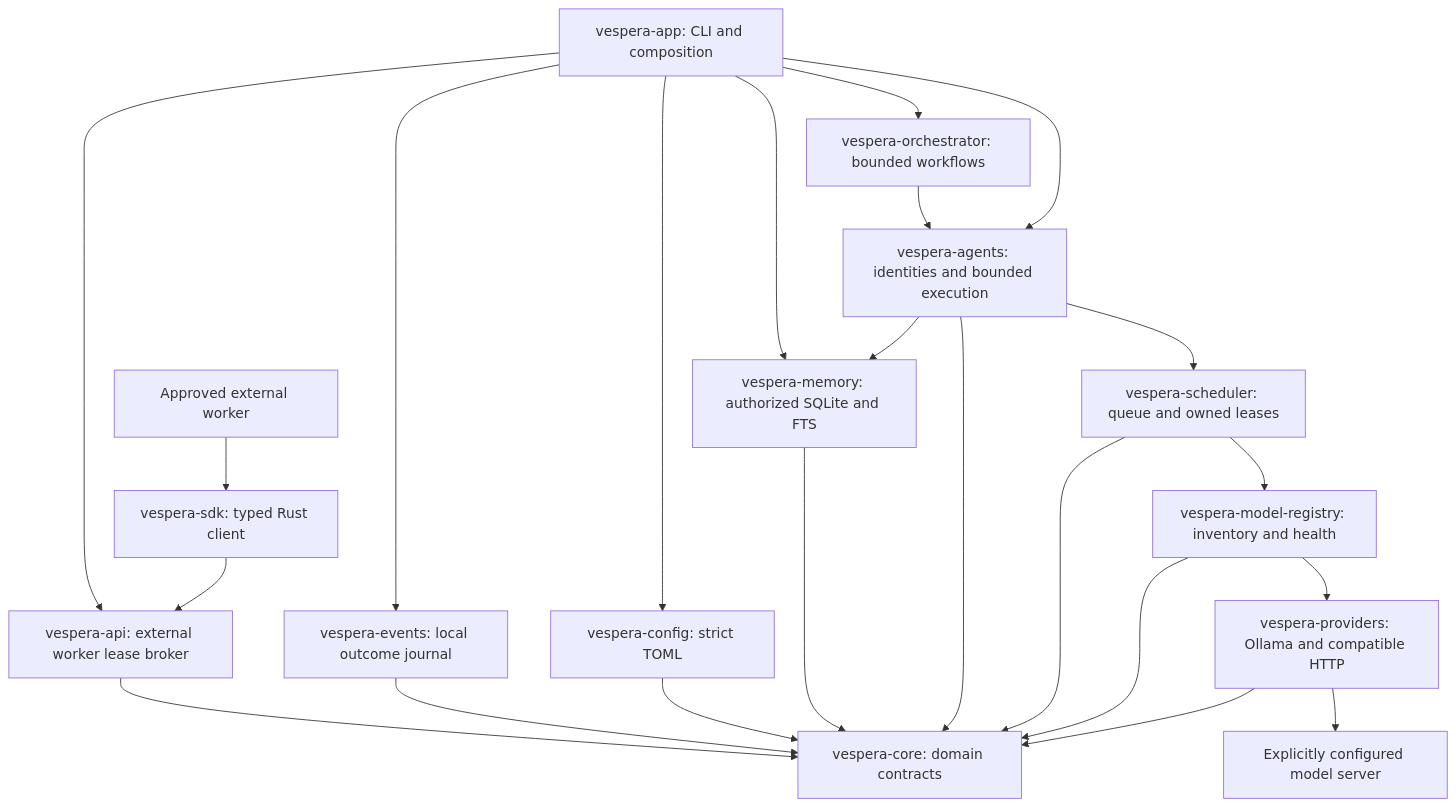
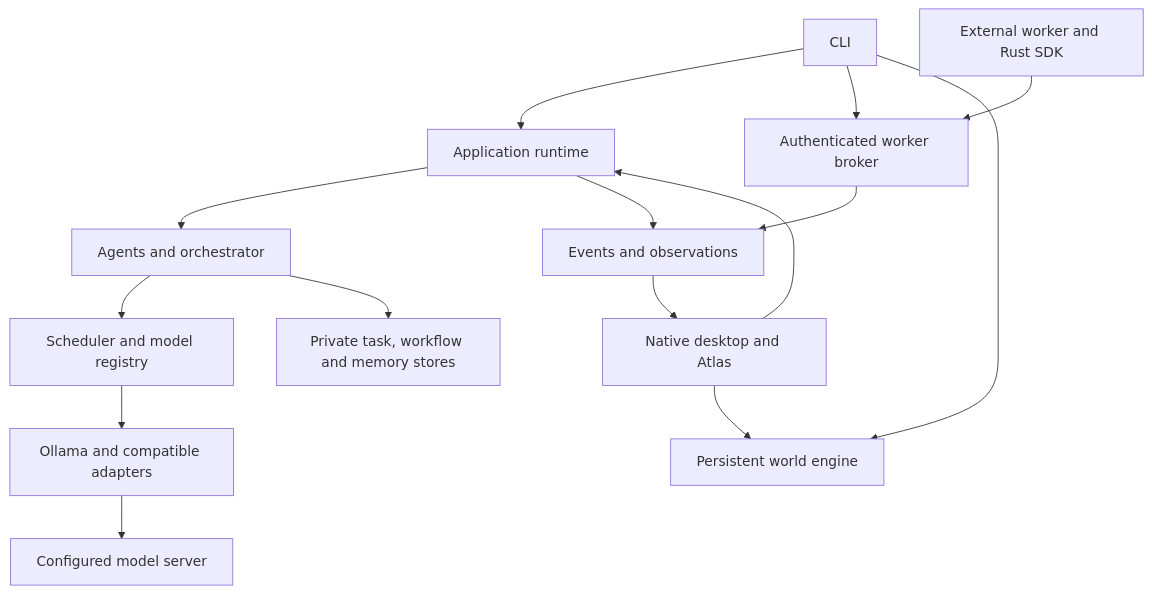
The first of 2 diagrams in README.md (ShamelesAbyss/Vespera), drawn with Mermaid before and after one commit. The commit also changed other lines of this file and 2 other files, not shown here.

Commit message:
Redesign the Vespera README around verified desktop and CLI capabilities

````diff
--- a/README.md
+++ b/README.md
@@ -53,25 +218,20 @@
 ```mermaid
 flowchart TD
-    CLI[vespera-app: CLI and composition] --> Config[vespera-config: strict TOML]
-    CLI --> Memory
-    CLI --> Broker[vespera-api: external worker lease broker]
-    Worker[Approved external worker] --> SDK[vespera-sdk: typed Rust client]
-    SDK --> Broker
-    Broker --> Core
-    CLI --> Journal[vespera-events: local outcome journal]
-    Journal --> Core
-    CLI --> Orchestrator[vespera-orchestrator: bounded workflows]
-    Orchestrator --> Agents
-    CLI --> Agents[vespera-agents: identities and bounded execution]
-    Agents --> Scheduler[vespera-scheduler: queue and owned leases]
-    Scheduler --> Registry[vespera-model-registry: inventory and health]
-    Registry --> Providers[vespera-providers: Ollama and compatible HTTP]
-    Providers --> Backend[Explicitly configured model server]
-    Config --> Core[vespera-core: domain contracts]
-    Agents --> Memory[vespera-memory: authorized SQLite and FTS]
-    Memory --> Core
-    Agents --> Core
-    Scheduler --> Core
-    Registry --> Core
-    Providers --> Core
+    CLI["CLI"]
+    UI["Native desktop and Atlas"]
+    Runtime["Application runtime"]
+    CLI --> Runtime
+    UI --> Runtime
+    Runtime --> Agents["Agents and orchestrator"]
+    Agents --> Scheduler["Scheduler and model registry"]
+    Scheduler --> Adapters["Ollama and compatible adapters"]
+    Adapters --> Server["Configured model server"]
+    Agents --> Private["Private task, workflow and memory stores"]
+    Runtime --> Evidence["Events and observations"]
+    Evidence --> UI
+    CLI --> Broker["Authenticated worker broker"]
+    Worker["External worker and Rust SDK"] --> Broker
+    Broker --> Evidence
+    CLI --> World["Persistent world engine"]
+    UI --> World
 ```
````
